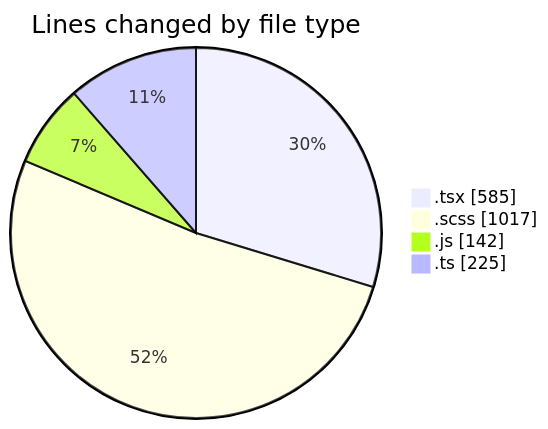
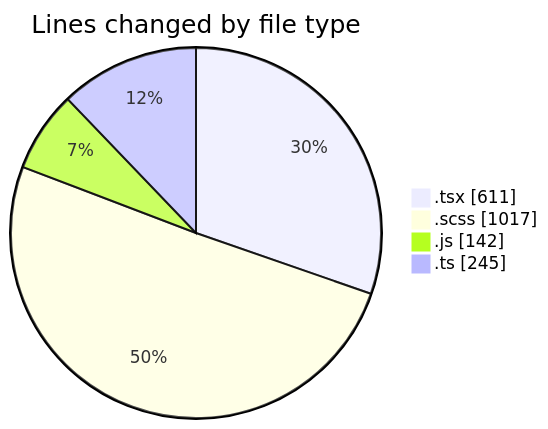
The first of 2 diagrams in 2026-03-25/cda/README.md (momahboobian/code-tracking), drawn with Mermaid before and after one commit. The commit also changed other lines of this file and 1 other file, not shown here.

````diff
--- a/2026-03-25/cda/README.md
+++ b/2026-03-25/cda/README.md
@@ -23,8 +23,8 @@
 ```mermaid
 pie showData
 title Lines changed by file type
-".tsx" : 585
+".tsx" : 611
 ".scss" : 1017
 ".js" : 142
-".ts" : 225
+".ts" : 245
 ```
````
